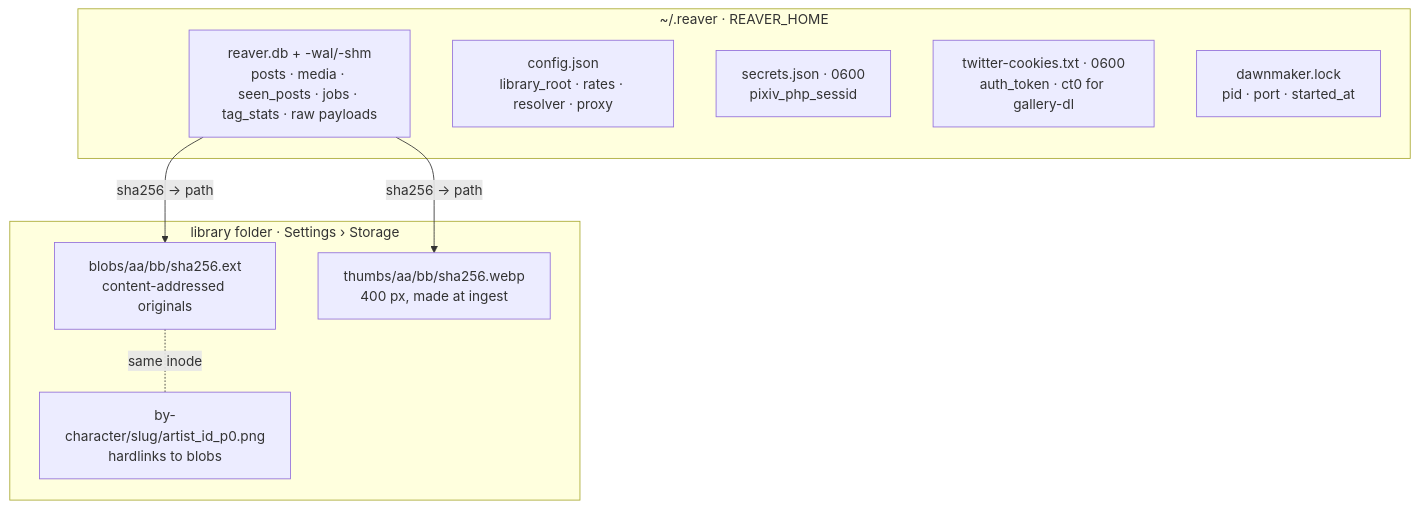
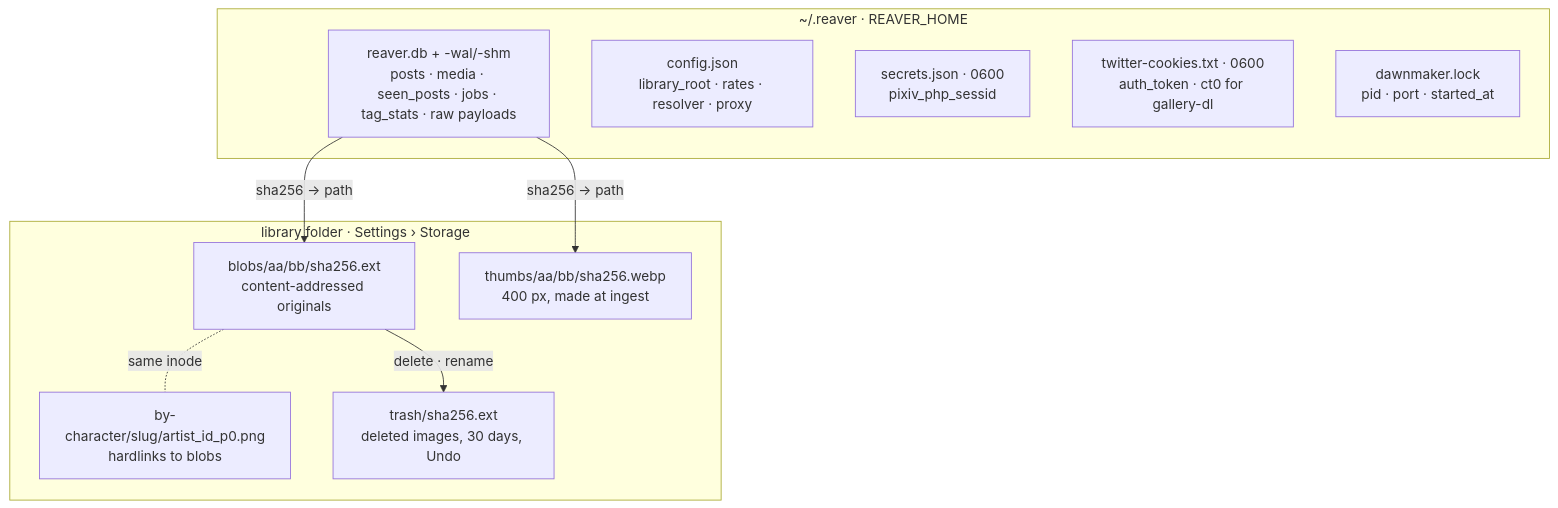
One commit to luissebastian953/flame-chaser changed diagram 13 of 15 in docs/flows.md. Above: the diagram before and after it, drawn with Mermaid. The commit also changed other lines of this file and 194 other files, not shown here.

````diff
--- a/docs/flows.md
+++ b/docs/flows.md
@@ -535,18 +548,20 @@
 ```mermaid
 flowchart TD
   subgraph lib["library folder · Settings › Storage"]
     blobs["blobs/aa/bb/sha256.ext<br/>content-addressed originals"]
     thumbs["thumbs/aa/bb/sha256.webp<br/>400 px, made at ingest"]
     byc["by-character/slug/artist_id_p0.png<br/>hardlinks to blobs"]
+    trash["trash/sha256.ext<br/>deleted images, 30 days, Undo"]
     blobs -. "same inode" .- byc
+    blobs -- "delete · rename" --> trash
   end
   subgraph home["~/.reaver · REAVER_HOME"]
     db["reaver.db + -wal/-shm<br/>posts · media · seen_posts · jobs · tag_stats · raw payloads"]
     cfg["config.json<br/>library_root · rates · resolver · proxy"]
     sec["secrets.json · 0600<br/>pixiv_php_sessid"]
     tw["twitter-cookies.txt · 0600<br/>auth_token · ct0 for gallery-dl"]
     lock["dawnmaker.lock<br/>pid · port · started_at"]
   end
   db -- "sha256 → path" --> blobs
   db -- "sha256 → path" --> thumbs
 ```
````
